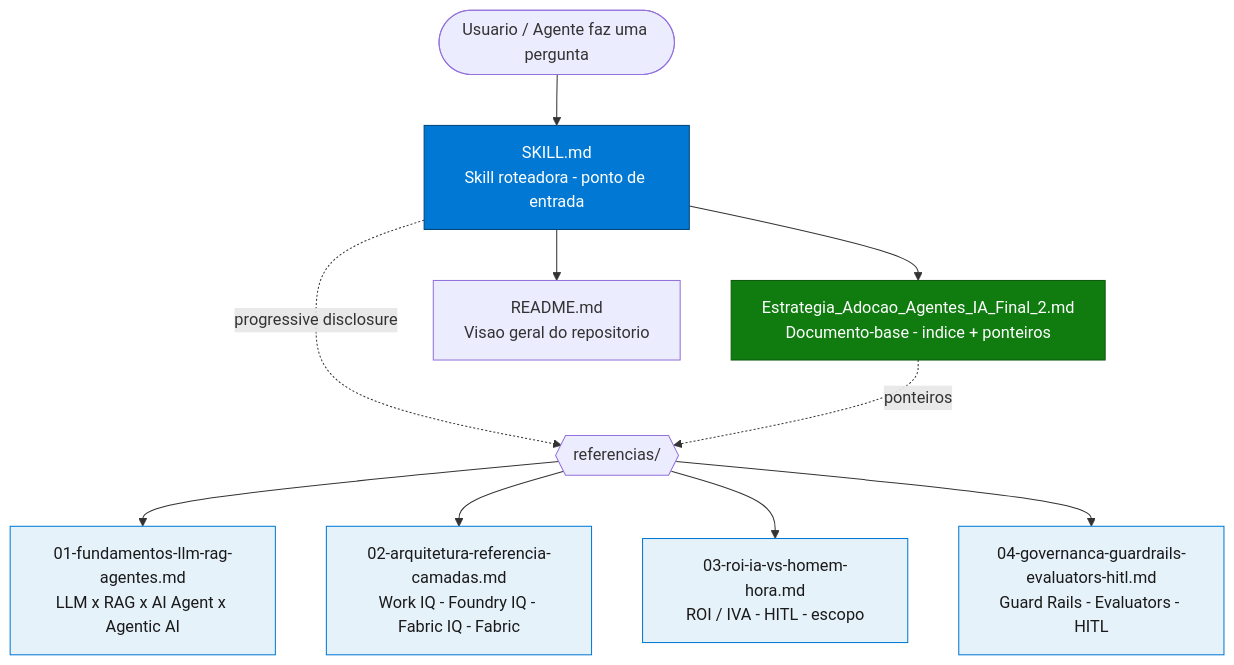
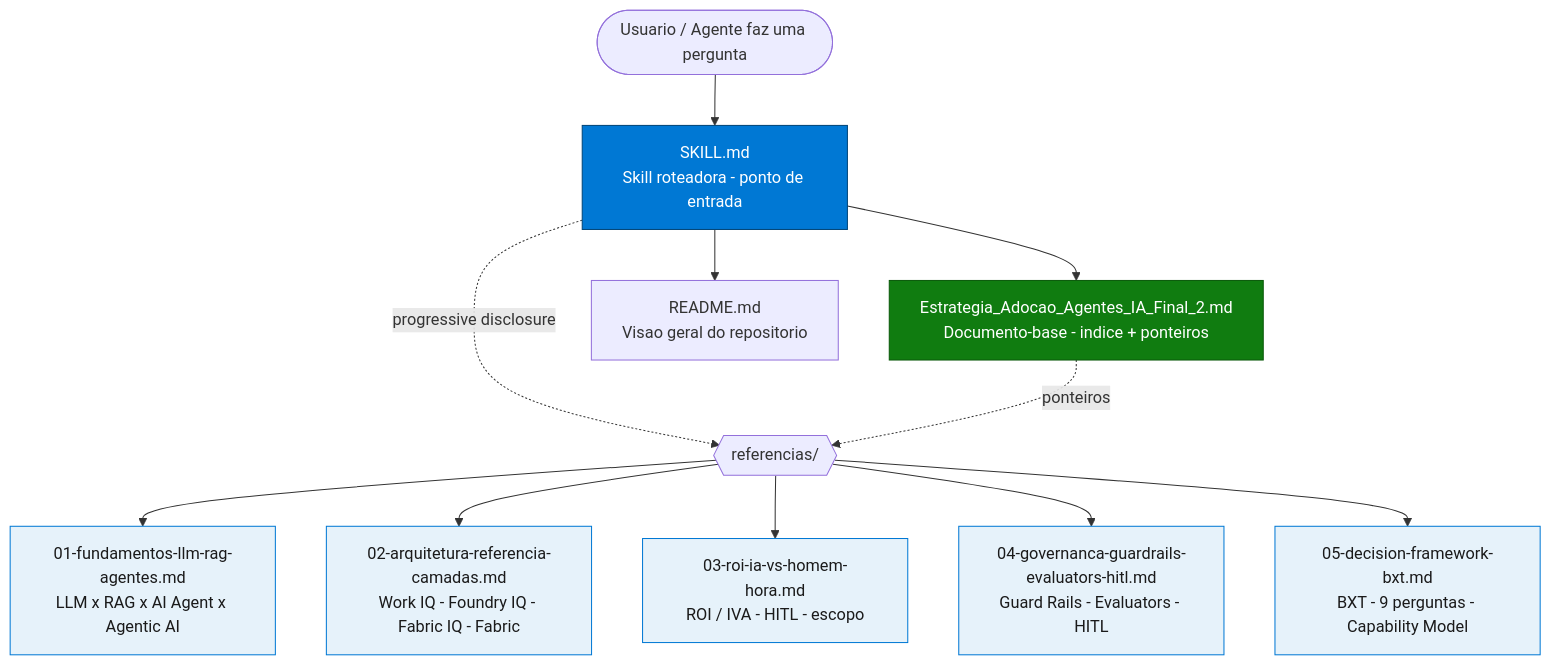
One commit to fabioharams/hubsp-ai-skill changed the first of 2 diagrams in README.md. Above: the diagram before and after it, drawn with Mermaid. The commit also changed other lines of this file and 3 other files, not shown here.

Commit message:
atualizando para se tornar mais coerente com o AI decision framework

````diff
--- a/README.md
+++ b/README.md
@@ -31,22 +32,23 @@
 ```mermaid
 graph TD
     USER([Usuario / Agente faz uma pergunta]) --> SKILL[SKILL.md<br/>Skill roteadora - ponto de entrada]
     SKILL --> CANON[Estrategia_Adocao_Agentes_IA_Final_2.md<br/>Documento-base - indice + ponteiros]
 
     SKILL -. progressive disclosure .-> REF{{referencias/}}
     CANON -. ponteiros .-> REF
 
     REF --> R1[01-fundamentos-llm-rag-agentes.md<br/>LLM x RAG x AI Agent x Agentic AI]
     REF --> R2[02-arquitetura-referencia-camadas.md<br/>Work IQ - Foundry IQ - Fabric IQ - Fabric]
     REF --> R3[03-roi-ia-vs-homem-hora.md<br/>ROI / IVA - HITL - escopo]
     REF --> R4[04-governanca-guardrails-evaluators-hitl.md<br/>Guard Rails - Evaluators - HITL]
+    REF --> R5[05-decision-framework-bxt.md<br/>BXT - 9 perguntas - Capability Model]
 
     SKILL --> README[README.md<br/>Visao geral do repositorio]
 
     classDef entry fill:#0078D4,stroke:#004578,color:#fff;
     classDef canon fill:#107C10,stroke:#0B5A0B,color:#fff;
     classDef ref fill:#E6F2FA,stroke:#0078D4,color:#1a1a1a;
     class SKILL entry;
     class CANON canon;
-    class R1,R2,R3,R4 ref;
+    class R1,R2,R3,R4,R5 ref;
 ```
````
